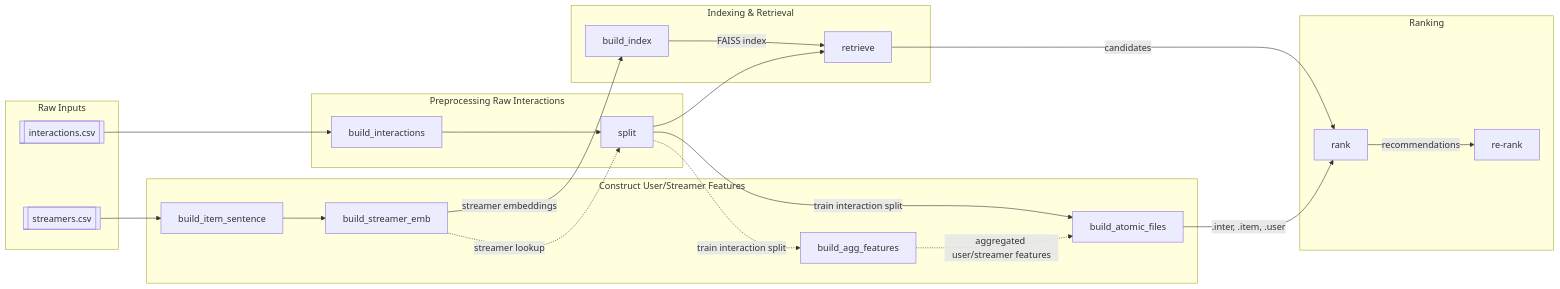
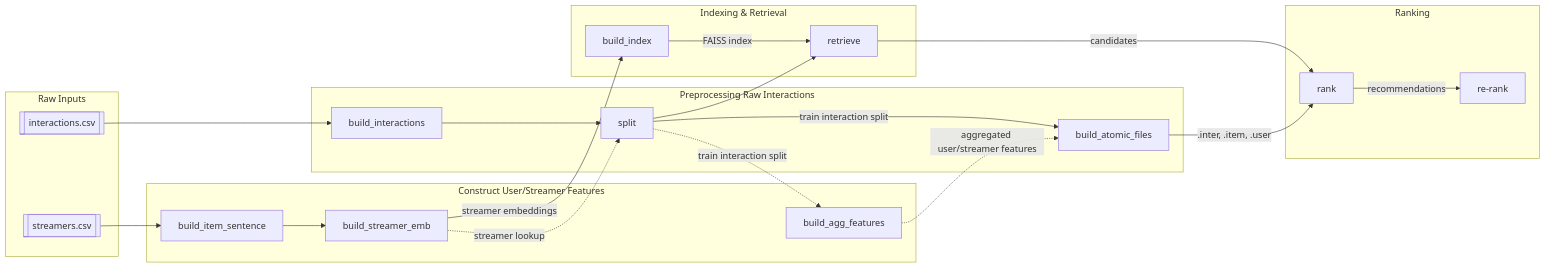
The diagram in README.md (yptu106/recsys_pipeline), drawn with Mermaid before and after one commit. The commit also changed other lines of this file, not shown here.

Commit message:
move build_atomic_files into preprocess raw interactions

````diff
--- a/README.md
+++ b/README.md
@@ -58,34 +58,34 @@
 ```mermaid
 flowchart LR
     subgraph Raw Inputs
         R1[[interactions.csv]]
         R2[[streamers.csv]]
     end
 
     subgraph Preprocessing Raw Interactions
         A[build_interactions] --> B[split]
         R1 --> A
+        B -->|train interaction split| J[build_atomic_files]
     end
 
     subgraph Construct User/Streamer Features
-        B -->|train interaction split| J[build_atomic_files]
         R2 --> F[build_item_sentence] --> G[build_streamer_emb]
         B -. train interaction split.-> I[build_agg_features] -. aggregated user/streamer features .-> J
     end
 
     subgraph Indexing & Retrieval
         G -->|streamer embeddings| H[build_index]
         H -->|FAISS index| C[retrieve]
         B --> C
     end
 
     subgraph Ranking
         C -->|candidates| D[rank]
         J -->|.inter, .item, .user| D
         D -->|recommendations| E[re-rank]
     end
 
     %% cross-links
     G -. streamer lookup .-> B
     %% I -->|streamer.feat, user.feat| J
 ```
````
